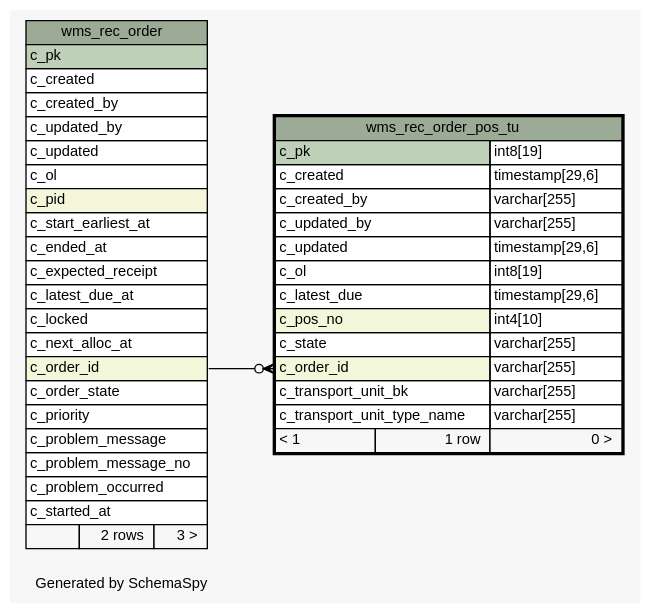
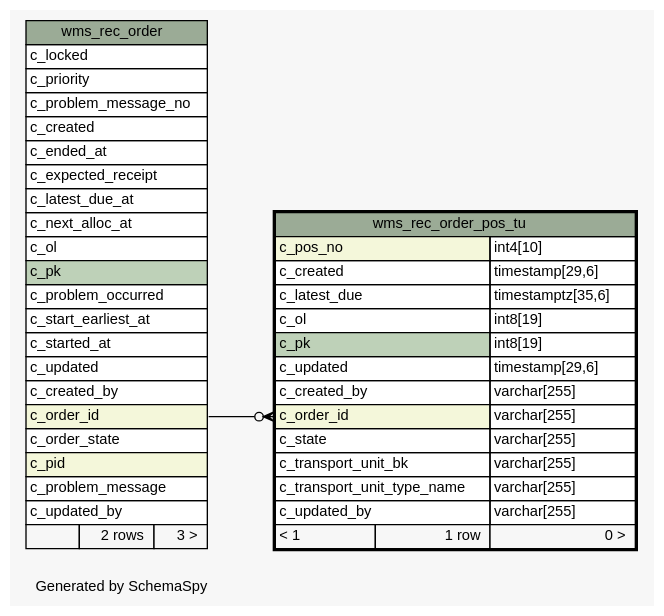
One commit to openwms/org.openwms.wms.receiving.lib changed the diagram in 1.0.0-SNAPSHOT/schemaspy/diagrams/wms_rec_order_pos_tu.1degree.dot. Above: the diagram before and after it, drawn with Graphviz. The commit also changed 508 other files, not shown here.

```diff
--- a/1.0.0-SNAPSHOT/schemaspy/diagrams/wms_rec_order_pos_tu.1degree.dot
+++ b/1.0.0-SNAPSHOT/schemaspy/diagrams/wms_rec_order_pos_tu.1degree.dot
@@ -1,73 +1,73 @@
-// dot 2.43.0 on Linux 6.2.0-1016-azure
+// dot 2.43.0 on Linux 6.5.0-1022-azure
 // SchemaSpy rev Unknown
 digraph "oneDegreeRelationshipsDiagram" {
   graph [
     rankdir="RL"
     bgcolor="#f7f7f7"
     label="\nGenerated by SchemaSpy"
     labeljust="l"
     nodesep="0.18"
     ranksep="0.46"
     fontname="Helvetica"
     fontsize="11"
   ];
   node [
     fontname="Helvetica"
     fontsize="11"
     shape="plaintext"
   ];
   edge [
     arrowsize="0.8"
   ];
   "wms_rec_order_pos_tu":"c_order_id":w -> "wms_rec_order":"c_order_id":e [arrowhead=none dir=back arrowtail=crowodot];
   "wms_rec_order" [
     label=<
     <TABLE BORDER="0" CELLBORDER="1" CELLSPACING="0" BGCOLOR="#ffffff">
       <TR><TD COLSPAN="3" BGCOLOR="#9bab96" ALIGN="CENTER">wms_rec_order</TD></TR>
-      <TR><TD PORT="c_pk" COLSPAN="3" BGCOLOR="#bed1b8" ALIGN="LEFT">c_pk</TD></TR>
+      <TR><TD PORT="c_locked" COLSPAN="3" ALIGN="LEFT">c_locked</TD></TR>
+      <TR><TD PORT="c_priority" COLSPAN="3" ALIGN="LEFT">c_priority</TD></TR>
+      <TR><TD PORT="c_problem_message_no" COLSPAN="3" ALIGN="LEFT">c_problem_message_no</TD></TR>
       <TR><TD PORT="c_created" COLSPAN="3" ALIGN="LEFT">c_created</TD></TR>
-      <TR><TD PORT="c_created_by" COLSPAN="3" ALIGN="LEFT">c_created_by</TD></TR>
-      <TR><TD PORT="c_updated_by" COLSPAN="3" ALIGN="LEFT">c_updated_by</TD></TR>
-      <TR><TD PORT="c_updated" COLSPAN="3" ALIGN="LEFT">c_updated</TD></TR>
-      <TR><TD PORT="c_ol" COLSPAN="3" ALIGN="LEFT">c_ol</TD></TR>
-      <TR><TD PORT="c_pid" COLSPAN="3" BGCOLOR="#f4f7da" ALIGN="LEFT">c_pid</TD></TR>
-      <TR><TD PORT="c_start_earliest_at" COLSPAN="3" ALIGN="LEFT">c_start_earliest_at</TD></TR>
       <TR><TD PORT="c_ended_at" COLSPAN="3" ALIGN="LEFT">c_ended_at</TD></TR>
       <TR><TD PORT="c_expected_receipt" COLSPAN="3" ALIGN="LEFT">c_expected_receipt</TD></TR>
       <TR><TD PORT="c_latest_due_at" COLSPAN="3" ALIGN="LEFT">c_latest_due_at</TD></TR>
-      <TR><TD PORT="c_locked" COLSPAN="3" ALIGN="LEFT">c_locked</TD></TR>
       <TR><TD PORT="c_next_alloc_at" COLSPAN="3" ALIGN="LEFT">c_next_alloc_at</TD></TR>
+      <TR><TD PORT="c_ol" COLSPAN="3" ALIGN="LEFT">c_ol</TD></TR>
+      <TR><TD PORT="c_pk" COLSPAN="3" BGCOLOR="#bed1b8" ALIGN="LEFT">c_pk</TD></TR>
+      <TR><TD PORT="c_problem_occurred" COLSPAN="3" ALIGN="LEFT">c_problem_occurred</TD></TR>
+      <TR><TD PORT="c_start_earliest_at" COLSPAN="3" ALIGN="LEFT">c_start_earliest_at</TD></TR>
+      <TR><TD PORT="c_started_at" COLSPAN="3" ALIGN="LEFT">c_started_at</TD></TR>
+      <TR><TD PORT="c_updated" COLSPAN="3" ALIGN="LEFT">c_updated</TD></TR>
+      <TR><TD PORT="c_created_by" COLSPAN="3" ALIGN="LEFT">c_created_by</TD></TR>
       <TR><TD PORT="c_order_id" COLSPAN="3" BGCOLOR="#f4f7da" ALIGN="LEFT">c_order_id</TD></TR>
       <TR><TD PORT="c_order_state" COLSPAN="3" ALIGN="LEFT">c_order_state</TD></TR>
-      <TR><TD PORT="c_priority" COLSPAN="3" ALIGN="LEFT">c_priority</TD></TR>
+      <TR><TD PORT="c_pid" COLSPAN="3" BGCOLOR="#f4f7da" ALIGN="LEFT">c_pid</TD></TR>
       <TR><TD PORT="c_problem_message" COLSPAN="3" ALIGN="LEFT">c_problem_message</TD></TR>
-      <TR><TD PORT="c_problem_message_no" COLSPAN="3" ALIGN="LEFT">c_problem_message_no</TD></TR>
-      <TR><TD PORT="c_problem_occurred" COLSPAN="3" ALIGN="LEFT">c_problem_occurred</TD></TR>
-      <TR><TD PORT="c_started_at" COLSPAN="3" ALIGN="LEFT">c_started_at</TD></TR>
+      <TR><TD PORT="c_updated_by" COLSPAN="3" ALIGN="LEFT">c_updated_by</TD></TR>
       <TR><TD ALIGN="LEFT" BGCOLOR="#f7f7f7">  </TD><TD ALIGN="RIGHT" BGCOLOR="#f7f7f7">2 rows</TD><TD ALIGN="RIGHT" BGCOLOR="#f7f7f7">3 &gt;</TD></TR>
     </TABLE>>
     URL="wms_rec_order.html"
     tooltip="wms_rec_order"
   ];
   "wms_rec_order_pos_tu" [
     label=<
     <TABLE BORDER="2" CELLBORDER="1" CELLSPACING="0" BGCOLOR="#ffffff">
       <TR><TD COLSPAN="3" BGCOLOR="#9bab96" ALIGN="CENTER">wms_rec_order_pos_tu</TD></TR>
+      <TR><TD PORT="c_pos_no" COLSPAN="2" BGCOLOR="#f4f7da" ALIGN="LEFT">c_pos_no</TD><TD PORT="c_pos_no.type" ALIGN="LEFT">int4[10]</TD></TR>
+      <TR><TD PORT="c_created" COLSPAN="2" ALIGN="LEFT">c_created</TD><TD PORT="c_created.type" ALIGN="LEFT">timestamp[29,6]</TD></TR>
+      <TR><TD PORT="c_latest_due" COLSPAN="2" ALIGN="LEFT">c_latest_due</TD><TD PORT="c_latest_due.type" ALIGN="LEFT">timestamptz[35,6]</TD></TR>
+      <TR><TD PORT="c_ol" COLSPAN="2" ALIGN="LEFT">c_ol</TD><TD PORT="c_ol.type" ALIGN="LEFT">int8[19]</TD></TR>
       <TR><TD PORT="c_pk" COLSPAN="2" BGCOLOR="#bed1b8" ALIGN="LEFT">c_pk</TD><TD PORT="c_pk.type" ALIGN="LEFT">int8[19]</TD></TR>
-      <TR><TD PORT="c_created" COLSPAN="2" ALIGN="LEFT">c_created</TD><TD PORT="c_created.type" ALIGN="LEFT">timestamp[29,6]</TD></TR>
+      <TR><TD PORT="c_updated" COLSPAN="2" ALIGN="LEFT">c_updated</TD><TD PORT="c_updated.type" ALIGN="LEFT">timestamp[29,6]</TD></TR>
       <TR><TD PORT="c_created_by" COLSPAN="2" ALIGN="LEFT">c_created_by</TD><TD PORT="c_created_by.type" ALIGN="LEFT">varchar[255]</TD></TR>
-      <TR><TD PORT="c_updated_by" COLSPAN="2" ALIGN="LEFT">c_updated_by</TD><TD PORT="c_updated_by.type" ALIGN="LEFT">varchar[255]</TD></TR>
-      <TR><TD PORT="c_updated" COLSPAN="2" ALIGN="LEFT">c_updated</TD><TD PORT="c_updated.type" ALIGN="LEFT">timestamp[29,6]</TD></TR>
-      <TR><TD PORT="c_ol" COLSPAN="2" ALIGN="LEFT">c_ol</TD><TD PORT="c_ol.type" ALIGN="LEFT">int8[19]</TD></TR>
-      <TR><TD PORT="c_latest_due" COLSPAN="2" ALIGN="LEFT">c_latest_due</TD><TD PORT="c_latest_due.type" ALIGN="LEFT">timestamp[29,6]</TD></TR>
-      <TR><TD PORT="c_pos_no" COLSPAN="2" BGCOLOR="#f4f7da" ALIGN="LEFT">c_pos_no</TD><TD PORT="c_pos_no.type" ALIGN="LEFT">int4[10]</TD></TR>
+      <TR><TD PORT="c_order_id" COLSPAN="2" BGCOLOR="#f4f7da" ALIGN="LEFT">c_order_id</TD><TD PORT="c_order_id.type" ALIGN="LEFT">varchar[255]</TD></TR>
       <TR><TD PORT="c_state" COLSPAN="2" ALIGN="LEFT">c_state</TD><TD PORT="c_state.type" ALIGN="LEFT">varchar[255]</TD></TR>
-      <TR><TD PORT="c_order_id" COLSPAN="2" BGCOLOR="#f4f7da" ALIGN="LEFT">c_order_id</TD><TD PORT="c_order_id.type" ALIGN="LEFT">varchar[255]</TD></TR>
       <TR><TD PORT="c_transport_unit_bk" COLSPAN="2" ALIGN="LEFT">c_transport_unit_bk</TD><TD PORT="c_transport_unit_bk.type" ALIGN="LEFT">varchar[255]</TD></TR>
       <TR><TD PORT="c_transport_unit_type_name" COLSPAN="2" ALIGN="LEFT">c_transport_unit_type_name</TD><TD PORT="c_transport_unit_type_name.type" ALIGN="LEFT">varchar[255]</TD></TR>
+      <TR><TD PORT="c_updated_by" COLSPAN="2" ALIGN="LEFT">c_updated_by</TD><TD PORT="c_updated_by.type" ALIGN="LEFT">varchar[255]</TD></TR>
       <TR><TD ALIGN="LEFT" BGCOLOR="#f7f7f7">&lt; 1</TD><TD ALIGN="RIGHT" BGCOLOR="#f7f7f7">1 row</TD><TD ALIGN="RIGHT" BGCOLOR="#f7f7f7">0 &gt;</TD></TR>
     </TABLE>>
     URL="wms_rec_order_pos_tu.html"
     tooltip="wms_rec_order_pos_tu"
   ];
 }
```
